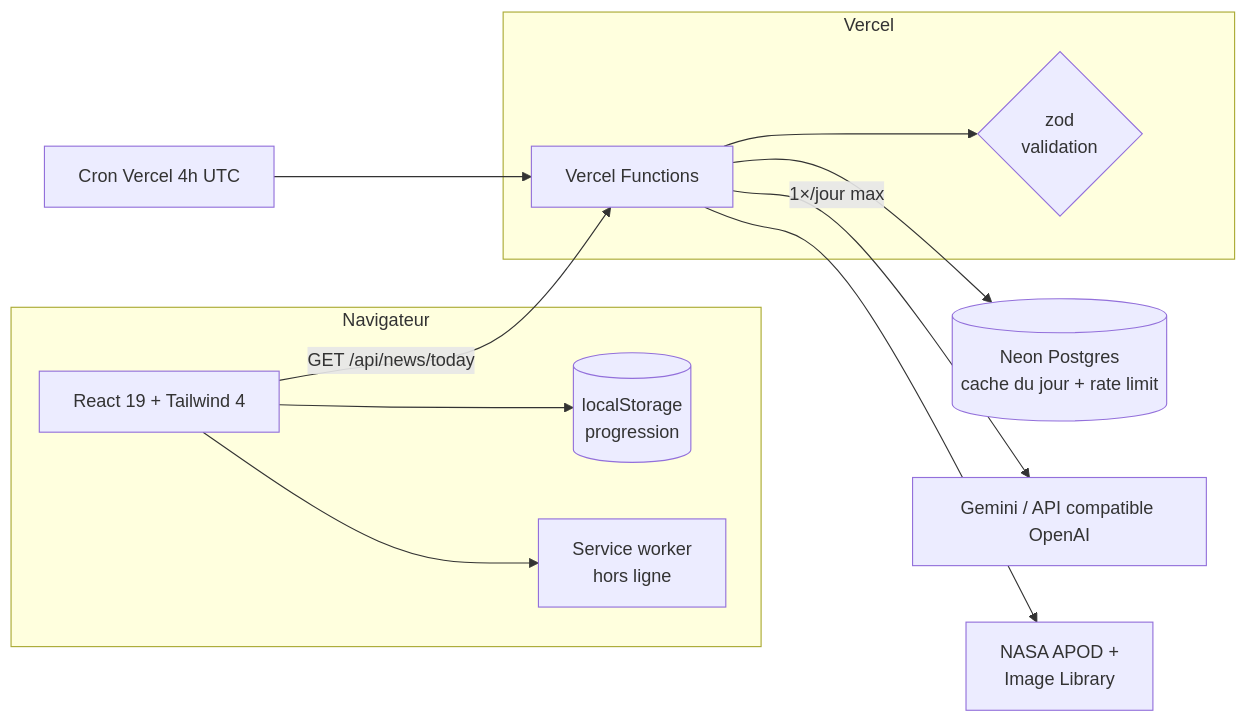
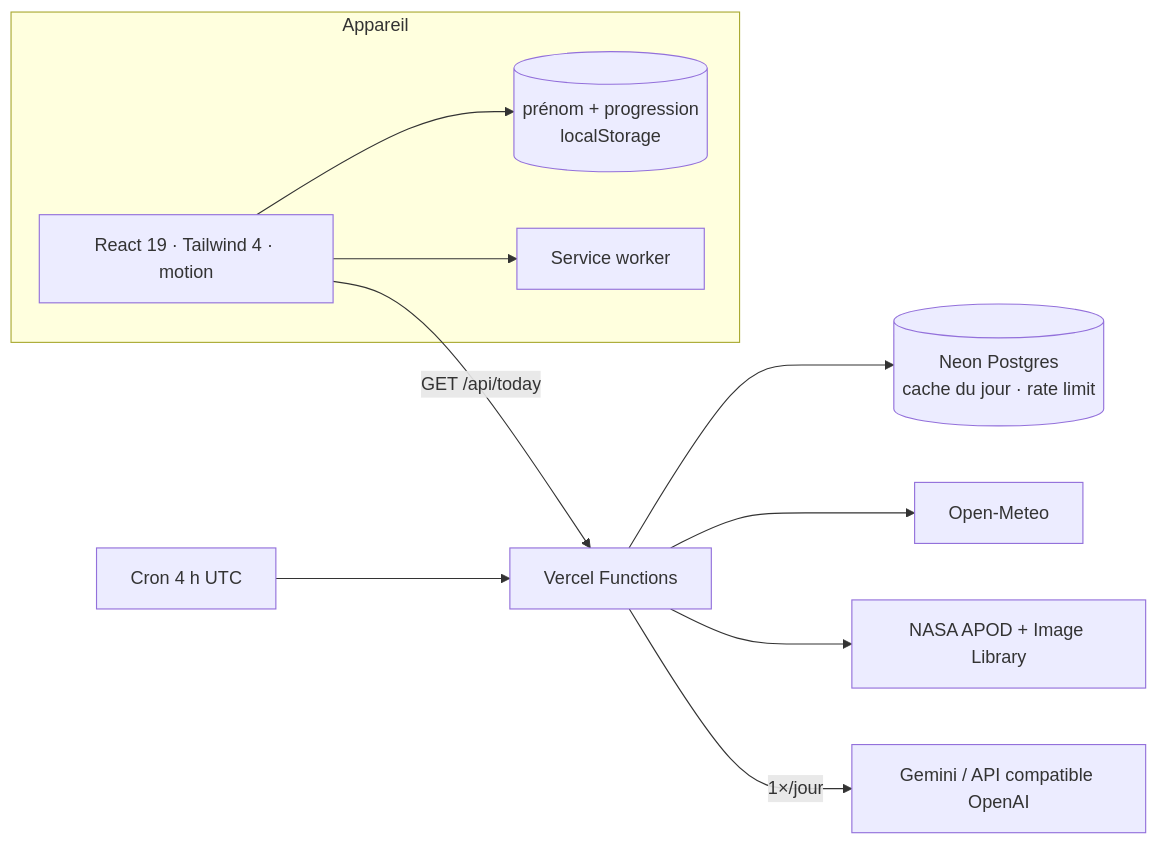
One commit to Miyagi1017/pulse-kids changed the diagram in README.md. Above: the diagram before and after it, drawn with Mermaid. The commit also changed other lines of this file and 46 other files, not shown here.

First line of the commit message:
feat: v3 — app simplifiée : prénom, 50 contes, 50 activités, 50 contes du soir, vidéo du jour

````diff
--- a/README.md
+++ b/README.md
@@ -39,15 +39,13 @@
 ```mermaid
 flowchart LR
-  subgraph Navigateur
-    UI[React 19 + Tailwind 4] --> LS[(localStorage<br/>progression)]
-    UI --> SW[Service worker<br/>hors ligne]
+  subgraph Appareil
+    UI[React 19 · Tailwind 4 · motion] --> LS[(prénom + progression<br/>localStorage)]
+    UI --> SW[Service worker]
   end
-  UI -- GET /api/news/today --> F
-  subgraph Vercel
-    F[Vercel Functions] --> Z{zod<br/>validation}
-  end
-  F --> DB[(Neon Postgres<br/>cache du jour + rate limit)]
-  F -- 1×/jour max --> G[Gemini / API compatible OpenAI]
-  F --> N[NASA APOD +<br/>Image Library]
-  C[Cron Vercel 4h UTC] --> F
+  UI -- GET /api/today --> F[Vercel Functions]
+  F --> DB[(Neon Postgres<br/>cache du jour · rate limit)]
+  F --> M[Open-Meteo]
+  F --> N[NASA APOD + Image Library]
+  F -- 1×/jour --> AI[Gemini / API compatible OpenAI]
+  C[Cron 4 h UTC] --> F
 ```
````
